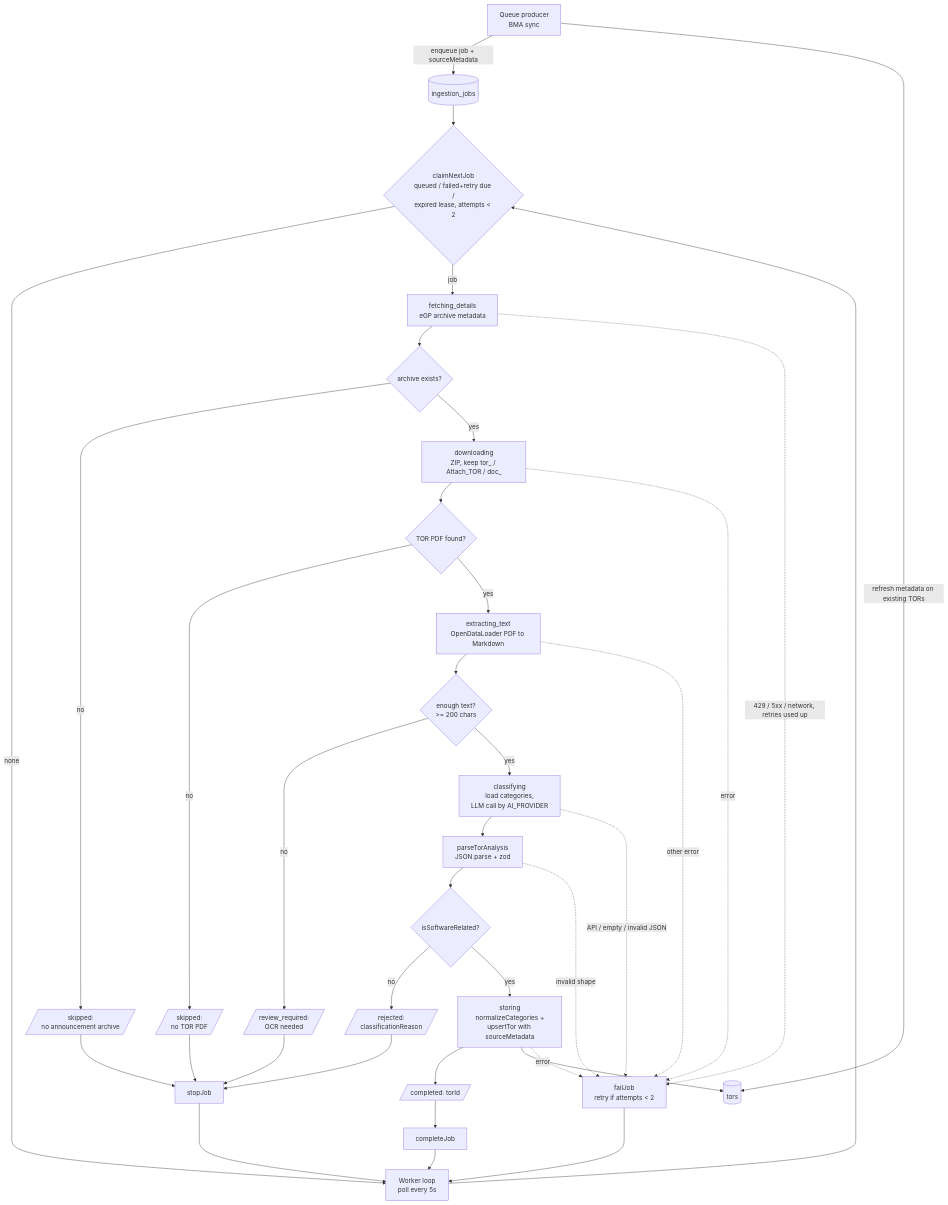
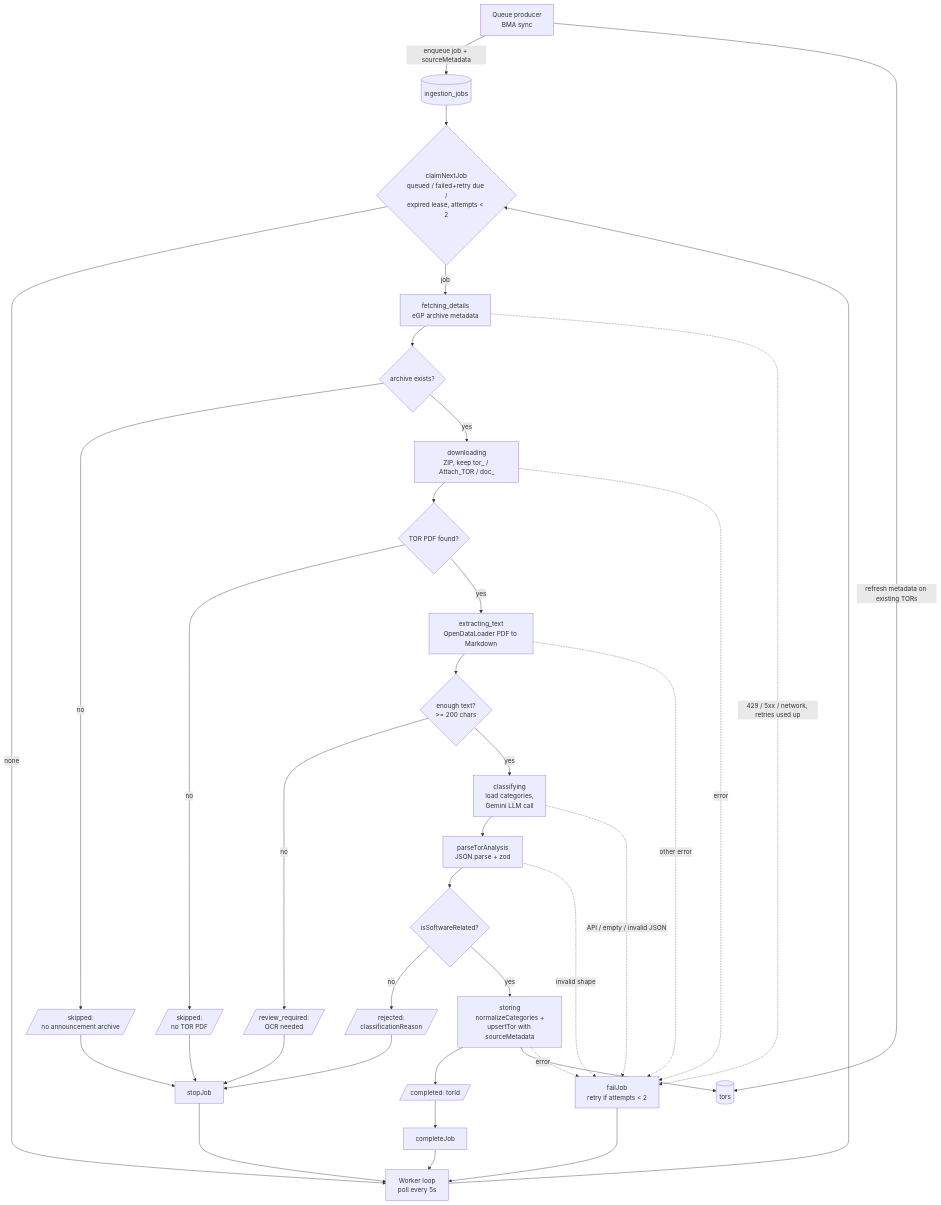
Before and after one commit to Doggo-CSP/TORPulse: the first of 3 diagrams in docs/tor-extractor.md, drawn with Mermaid. The commit also changed other lines of this file and 13 other files, not shown here.

````diff
--- a/docs/tor-extractor.md
+++ b/docs/tor-extractor.md
@@ -90,39 +90,39 @@
 ```mermaid
 flowchart TD
     P[Queue producer<br/>BMA sync] -->|enqueue job + sourceMetadata| Q[(ingestion_jobs)]
     P -->|refresh metadata on existing TORs| T[(tors)]
 
     A[Worker loop<br/>poll every 5s] --> B{claimNextJob<br/>queued / failed+retry due /<br/>expired lease, attempts < 2}
     Q --> B
     B -- none --> A
     B -- job --> C[fetching_details<br/>eGP archive metadata]
     C --> C1{archive exists?}
     C1 -- no --> S1[/skipped:<br/>no announcement archive/]
     C1 -- yes --> D[downloading<br/>ZIP, keep tor_ / Attach_TOR / doc_]
     D --> D1{TOR PDF found?}
     D1 -- no --> S2[/skipped:<br/>no TOR PDF/]
     D1 -- yes --> F[extracting_text<br/>OpenDataLoader PDF to Markdown]
     F --> G{enough text?<br/>>= 200 chars}
     G -- no --> R2[/review_required:<br/>OCR needed/]
-    G -- yes --> H[classifying<br/>load categories,<br/>LLM call by AI_PROVIDER]
+    G -- yes --> H[classifying<br/>load categories,<br/>Gemini LLM call]
     H --> I[parseTorAnalysis<br/>JSON.parse + zod]
     I --> J{isSoftwareRelated?}
     J -- no --> X[/rejected:<br/>classificationReason/]
     J -- yes --> K[storing<br/>normalizeCategories +<br/>upsertTor with sourceMetadata]
     K --> L[/completed: torId/]
     K --> T
 
     C -. 429 / 5xx / network, retries used up .-> Z
     D -. error .-> Z
     F -. other error .-> Z
     H -. API / empty / invalid JSON .-> Z
     I -. invalid shape .-> Z
     K -. error .-> Z
     Z[failJob<br/>retry if attempts < 2] --> A
 
     S1 --> S[stopJob] --> A
     S2 --> S
     R2 --> S
     X --> S
     L --> M[completeJob] --> A
 ```
````
